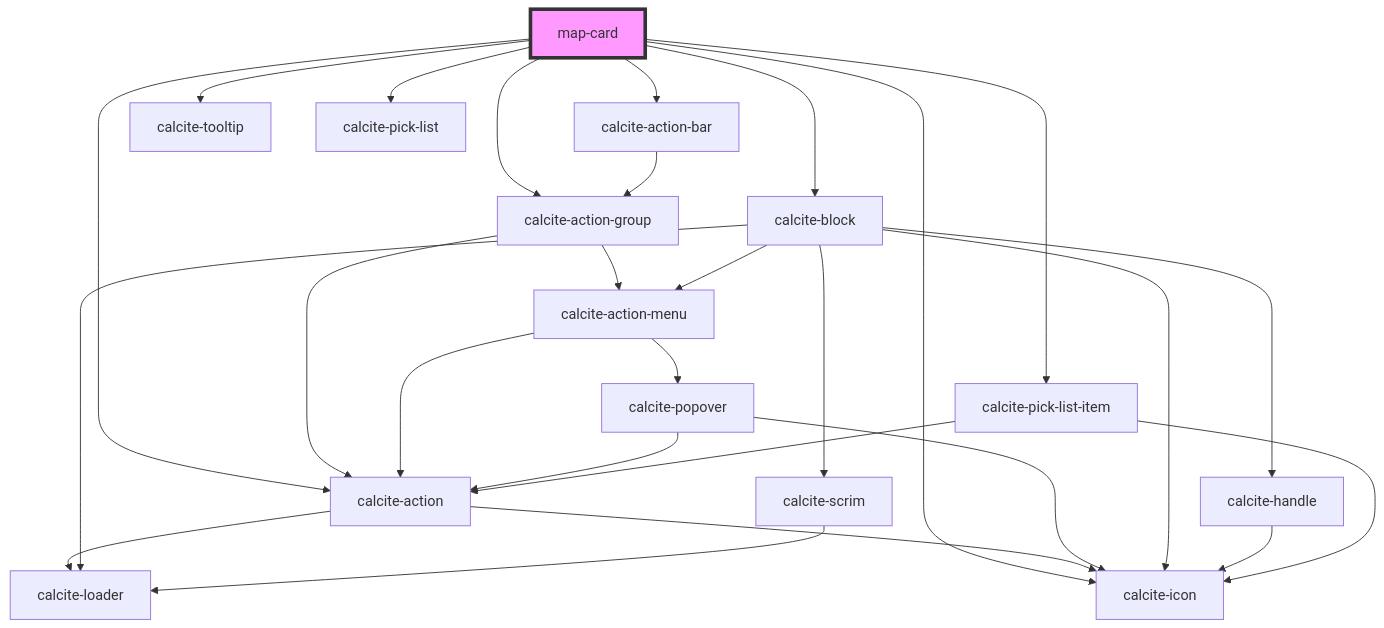
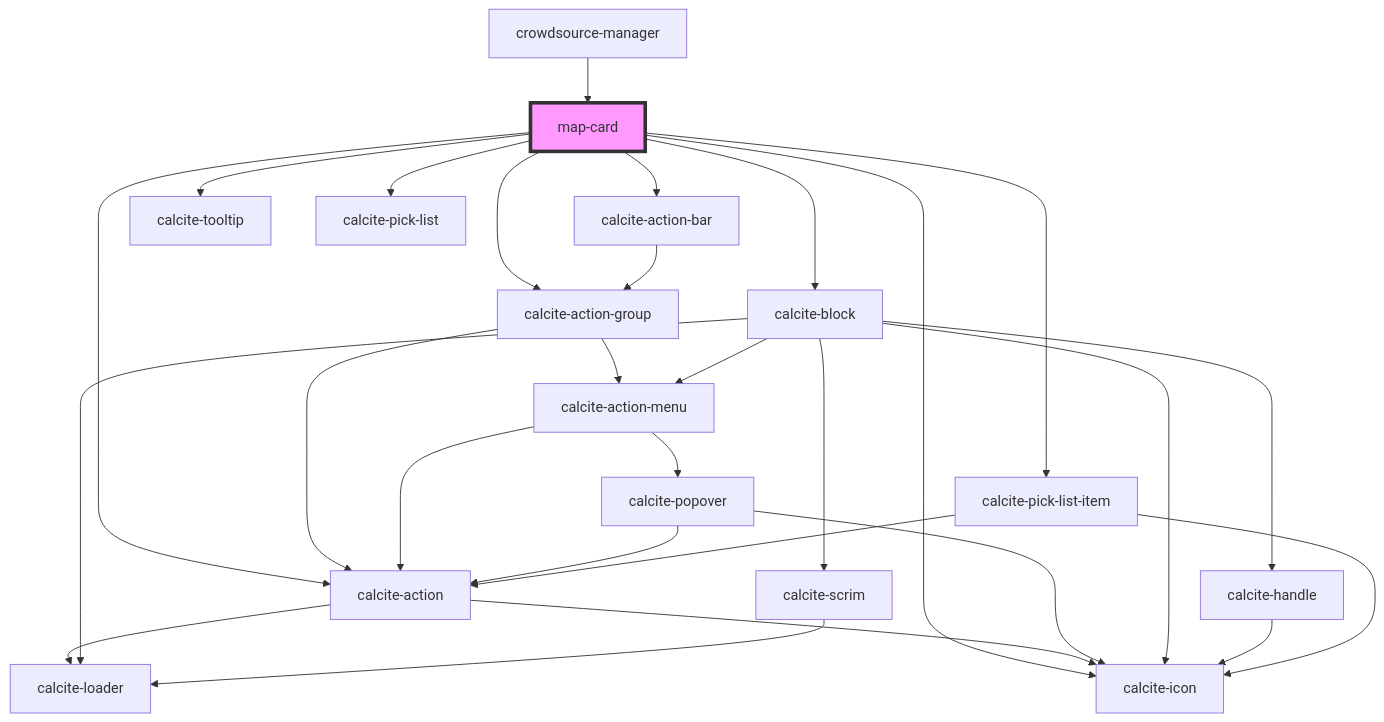
The diagram in src/components/map-card/readme.md (Esri/solutions-components), drawn with Mermaid before and after one commit. The commit also changed other lines of this file and 6 other files, not shown here.

Commit message:
add map-card basics to manager

````diff
--- a/src/components/map-card/readme.md
+++ b/src/components/map-card/readme.md
@@ -36,30 +40,31 @@
 ```mermaid
 graph TD;
   map-card --> calcite-action-bar
   map-card --> calcite-action-group
   map-card --> calcite-action
   map-card --> calcite-icon
   map-card --> calcite-tooltip
   map-card --> calcite-block
   map-card --> calcite-pick-list
   map-card --> calcite-pick-list-item
   calcite-action-bar --> calcite-action-group
   calcite-action-group --> calcite-action-menu
   calcite-action-group --> calcite-action
   calcite-action-menu --> calcite-action
   calcite-action-menu --> calcite-popover
   calcite-action --> calcite-loader
   calcite-action --> calcite-icon
   calcite-popover --> calcite-action
   calcite-popover --> calcite-icon
   calcite-block --> calcite-scrim
   calcite-block --> calcite-icon
   calcite-block --> calcite-handle
   calcite-block --> calcite-loader
   calcite-block --> calcite-action-menu
   calcite-scrim --> calcite-loader
   calcite-handle --> calcite-icon
   calcite-pick-list-item --> calcite-icon
   calcite-pick-list-item --> calcite-action
+  crowdsource-manager --> map-card
   style map-card fill:#f9f,stroke:#333,stroke-width:4px
 ```
````
